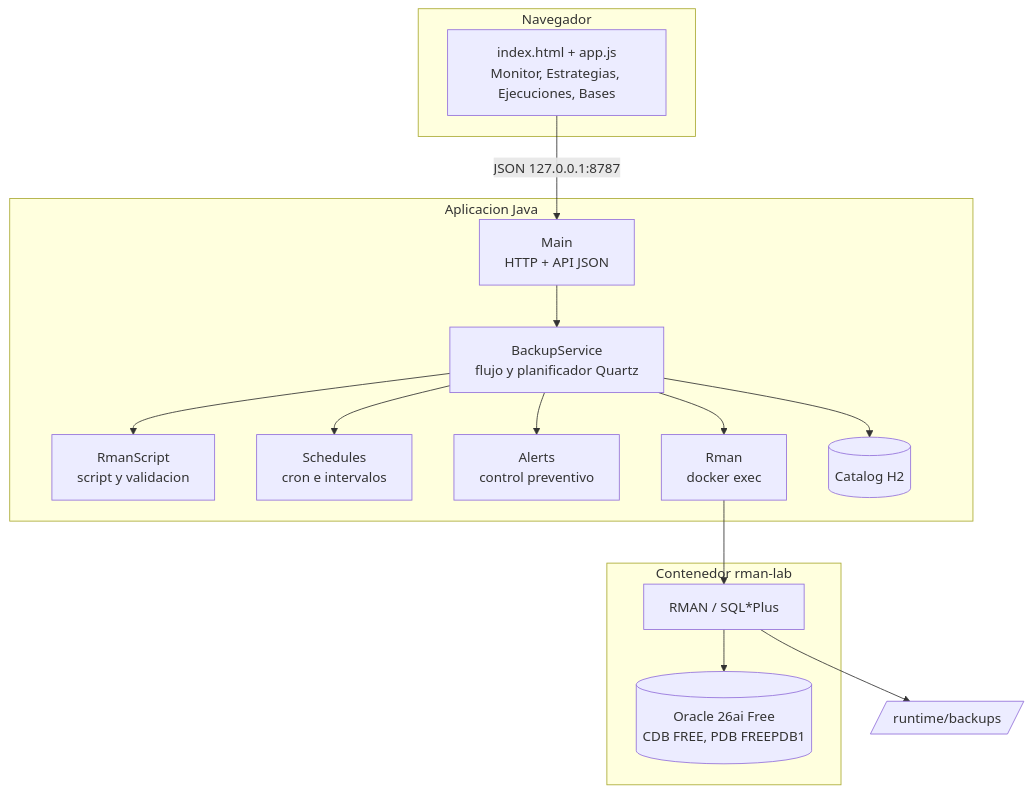
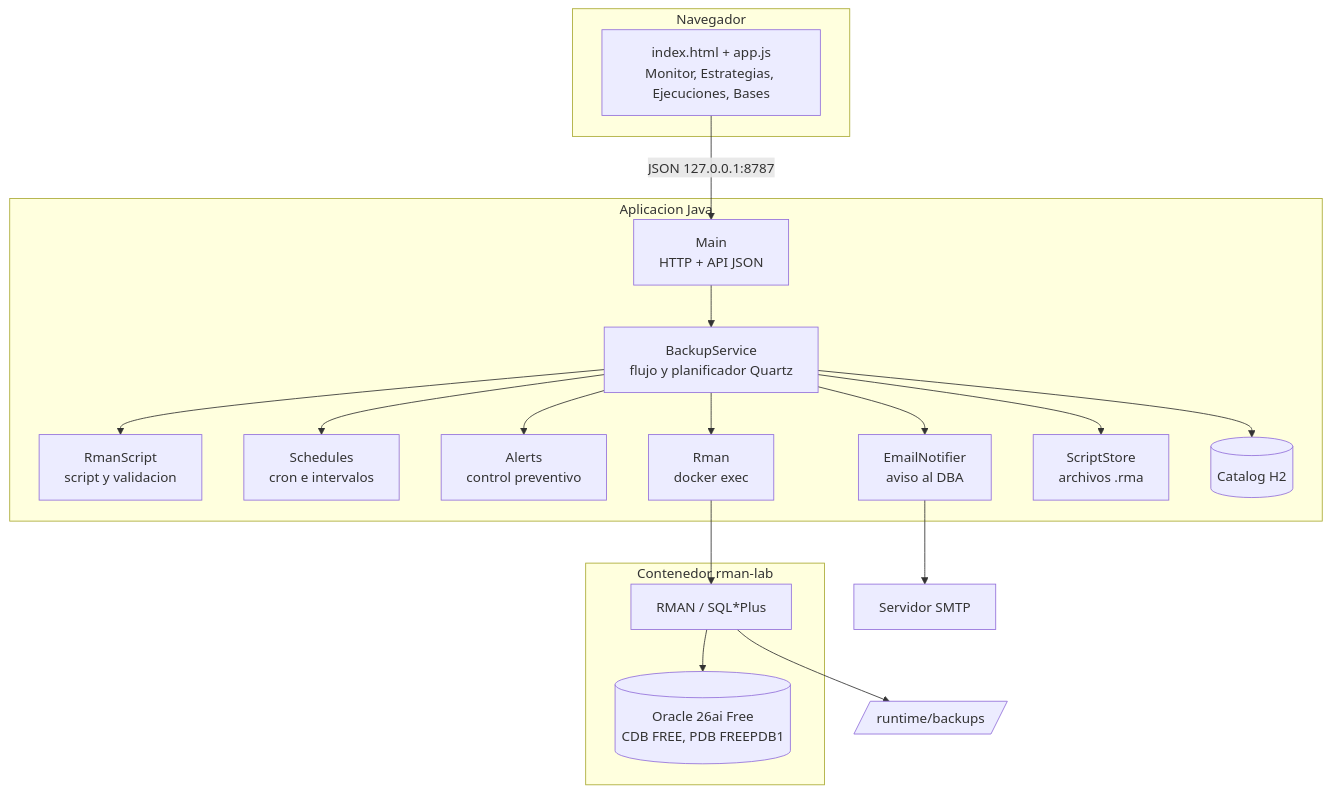
The second of 4 diagrams in docs/analisis-y-diseno.md (Adrian123CRff/Redolog), drawn with Mermaid before and after one commit. The commit also changed other lines of this file and 1 other file, not shown here.

````diff
--- a/docs/analisis-y-diseno.md
+++ b/docs/analisis-y-diseno.md
@@ -286,27 +286,33 @@
 ```mermaid
 flowchart TB
     subgraph Navegador
         UI[index.html + app.js<br>Monitor, Estrategias, Ejecuciones, Bases]
     end
     subgraph App[Aplicacion Java]
         Main[Main<br>HTTP + API JSON]
         Svc[BackupService<br>flujo y planificador Quartz]
         Script[RmanScript<br>script y validacion]
         Sch[Schedules<br>cron e intervalos]
         Al[Alerts<br>control preventivo]
         R[Rman<br>docker exec]
+        Not[EmailNotifier<br>aviso al DBA]
+        Store[ScriptStore<br>archivos .rma]
         Cat[(Catalog H2)]
     end
+    SMTP[Servidor SMTP]
     subgraph Docker[Contenedor rman-lab]
         RMAN[RMAN / SQL*Plus] --> DB[(Oracle 26ai Free<br>CDB FREE, PDB FREEPDB1)]
     end
     UI -- JSON 127.0.0.1:8787 --> Main
     Main --> Svc
     Svc --> Script
     Svc --> Sch
     Svc --> Al
     Svc --> Cat
     Svc --> R
+    Svc --> Not
+    Svc --> Store
+    Not --> SMTP
     R --> RMAN
     RMAN --> BK[/runtime/backups/]
 ```
````
